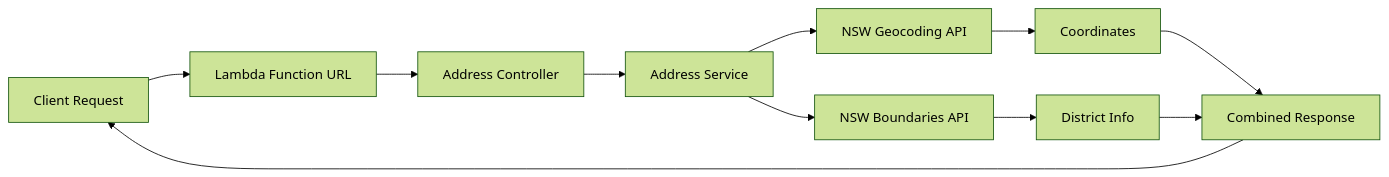
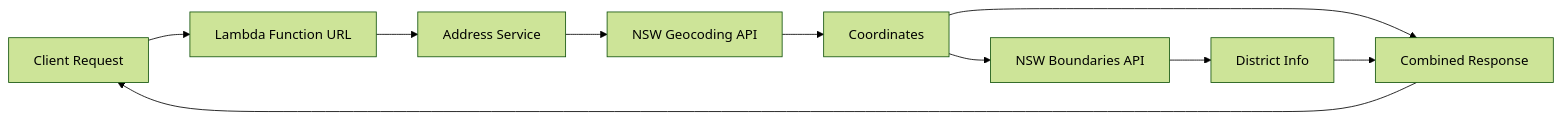
The diagram in README.md (garaxer/nsw_gov), drawn with Mermaid (forest theme) before and after one commit. The commit also changed other lines of this file, not shown here.

````diff
--- a/README.md
+++ b/README.md
@@ -38,13 +35,12 @@
 ```mermaid
 graph LR
-    A[Client Request] --> B[Lambda Function URL]
-    B --> C[Address Controller]
-    C --> D[Address Service]
-    D --> E[NSW Geocoding API]
-    D --> F[NSW Boundaries API]
-    E --> G[Coordinates]
-    F --> H[District Info]
-    G --> I[Combined Response]
-    H --> I
-    I --> A
+  A[Client Request] --> B[Lambda Function URL]
+  B --> C[Address Service]
+  C --> D[NSW Geocoding API]
+  D --> E[Coordinates]
+  E --> F[NSW Boundaries API]
+  F --> G[District Info]
+  E --> H[Combined Response]
+  G --> H
+  H --> A
 ```
````
